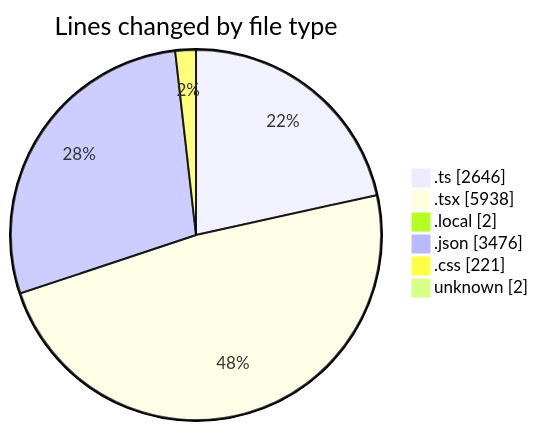
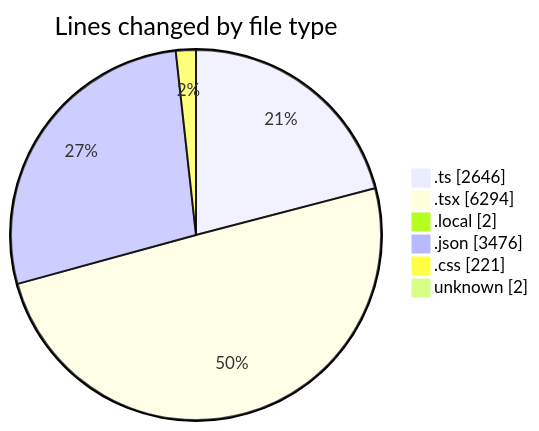
The first of 2 diagrams in 2025-10-28/eventscop-frontend-guide__workspace_/README.md (julien-gomy/code-tracking), drawn with Mermaid before and after one commit. The commit also changed other lines of this file and 1 other file, not shown here.

````diff
--- a/2025-10-28/eventscop-frontend-guide__workspace_/README.md
+++ b/2025-10-28/eventscop-frontend-guide__workspace_/README.md
@@ -65,10 +66,10 @@
 ```mermaid
 pie showData
 title Lines changed by file type
 ".ts" : 2646
-".tsx" : 5938
+".tsx" : 6294
 ".local" : 2
 ".json" : 3476
 ".css" : 221
 "unknown" : 2
 ```
````
